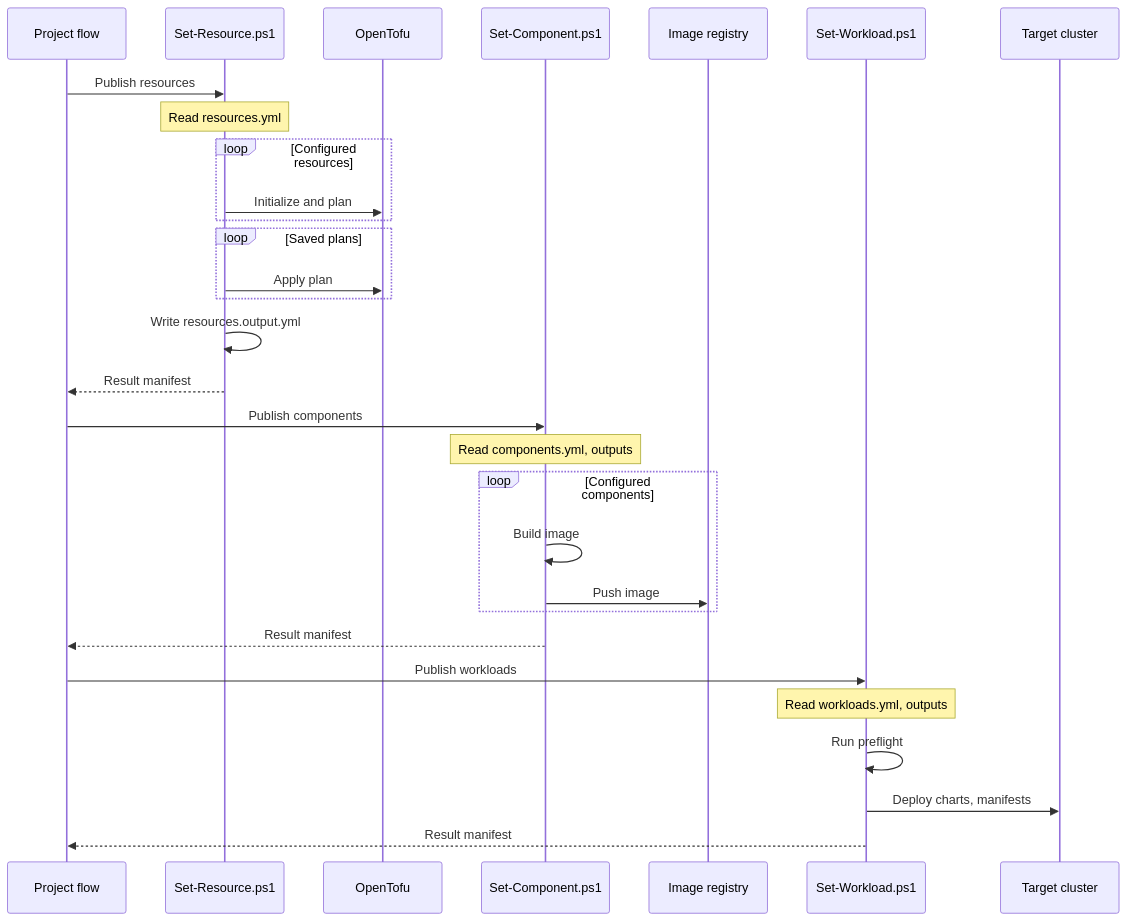
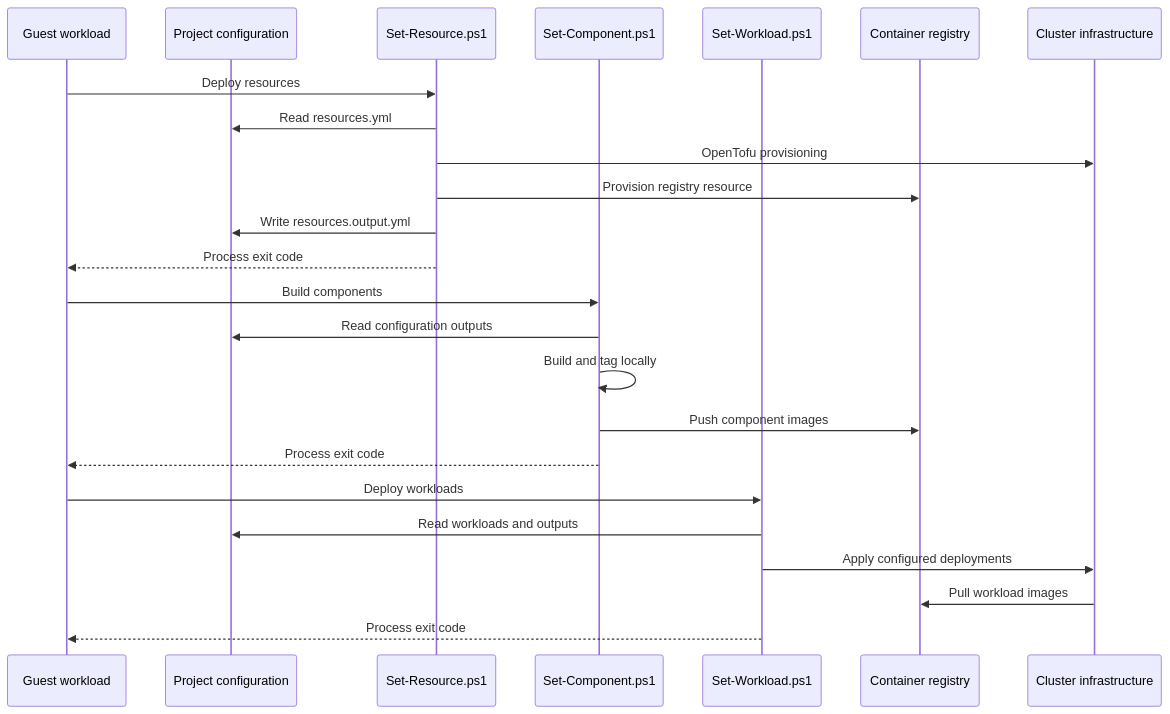
One commit to alissonsol/yuruna changed the first of 6 diagrams in docs/design/03-data-flows.md. Above: the diagram before and after it, drawn with Mermaid. The commit also changed other lines of this file and 763 other files, not shown here.

````diff
--- a/docs/design/03-data-flows.md
+++ b/docs/design/03-data-flows.md
@@ -9,32 +11,26 @@
 ```mermaid
 sequenceDiagram
-    participant project-flow as Project flow
+    participant website-workload as Guest workload
+    participant project-config as Project configuration
     participant set-resource as Set-Resource.ps1
-    participant opentofu as OpenTofu
     participant set-component as Set-Component.ps1
-    participant registry as Image registry
     participant set-workload as Set-Workload.ps1
-    participant target-cluster as Target cluster
-    project-flow->>set-resource: Publish resources
-    Note over set-resource: Read resources.yml
-    loop Configured resources
-        set-resource->>opentofu: Initialize and plan
-    end
-    loop Saved plans
-        set-resource->>opentofu: Apply plan
-    end
-    set-resource->>set-resource: Write resources.output.yml
-    set-resource-->>project-flow: Result manifest
-    project-flow->>set-component: Publish components
-    Note over set-component: Read components.yml, outputs
-    loop Configured components
-        set-component->>set-component: Build image
-        set-component->>registry: Push image
-    end
-    set-component-->>project-flow: Result manifest
-    project-flow->>set-workload: Publish workloads
-    Note over set-workload: Read workloads.yml, outputs
-    set-workload->>set-workload: Run preflight
-    set-workload->>target-cluster: Deploy charts, manifests
-    set-workload-->>project-flow: Result manifest
+    participant registry as Container registry
+    participant kubernetes as Cluster infrastructure
+    website-workload->>set-resource: Deploy resources
+    set-resource->>project-config: Read resources.yml
+    set-resource->>kubernetes: OpenTofu provisioning
+    set-resource->>registry: Provision registry resource
+    set-resource->>project-config: Write resources.output.yml
+    set-resource-->>website-workload: Process exit code
+    website-workload->>set-component: Build components
+    set-component->>project-config: Read configuration outputs
+    set-component->>set-component: Build and tag locally
+    set-component->>registry: Push component images
+    set-component-->>website-workload: Process exit code
+    website-workload->>set-workload: Deploy workloads
+    set-workload->>project-config: Read workloads and outputs
+    set-workload->>kubernetes: Apply configured deployments
+    kubernetes->>registry: Pull workload images
+    set-workload-->>website-workload: Process exit code
 ```
````
